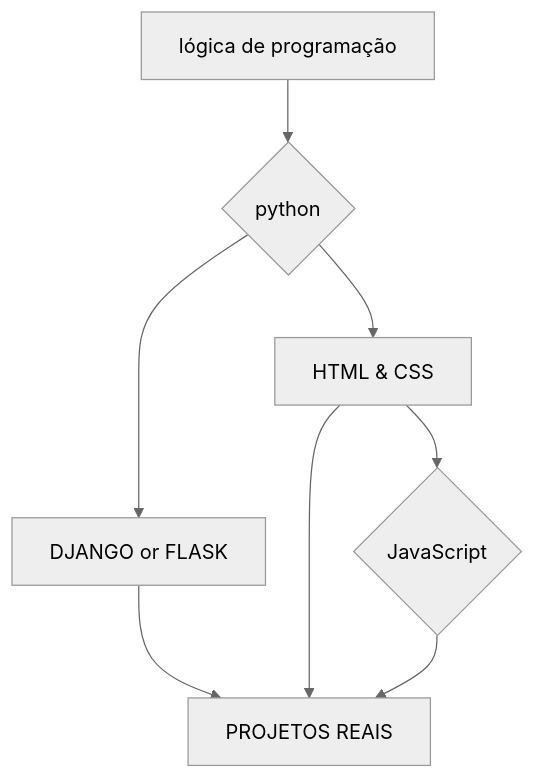
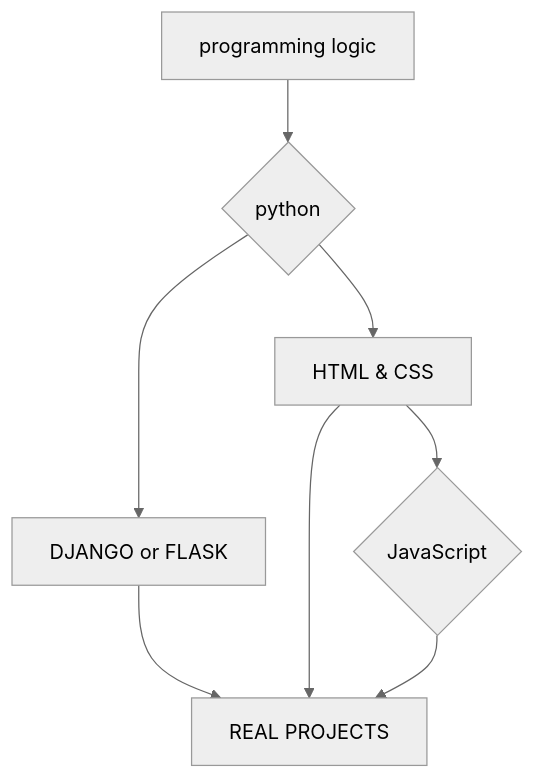
The diagram in README.md (brunnoronaldo-ti/brunnoronaldo-ti), drawn with Mermaid (neutral theme) before and after one commit. The commit also changed other lines of this file, not shown here.

````diff
--- a/README.md
+++ b/README.md
@@ -58,10 +72,10 @@
 ```mermaid
   graph TD
-    A[lógica de programação] --> B{python}
+    A[programming logic] --> B{python}
     B --> C[DJANGO or FLASK]
     B --> D[HTML & CSS]
-    C --> E[PROJETOS REAIS]
+    C --> E[REAL PROJECTS]
     D --> E
     D --> F{JavaScript}
     F --> E
 ```
````
